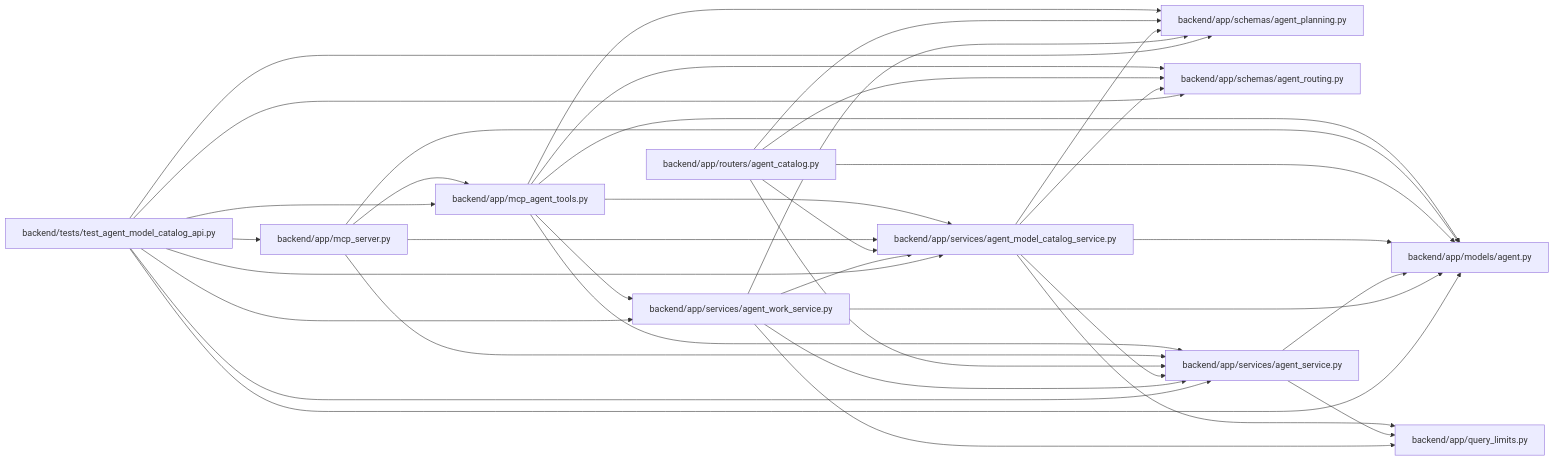
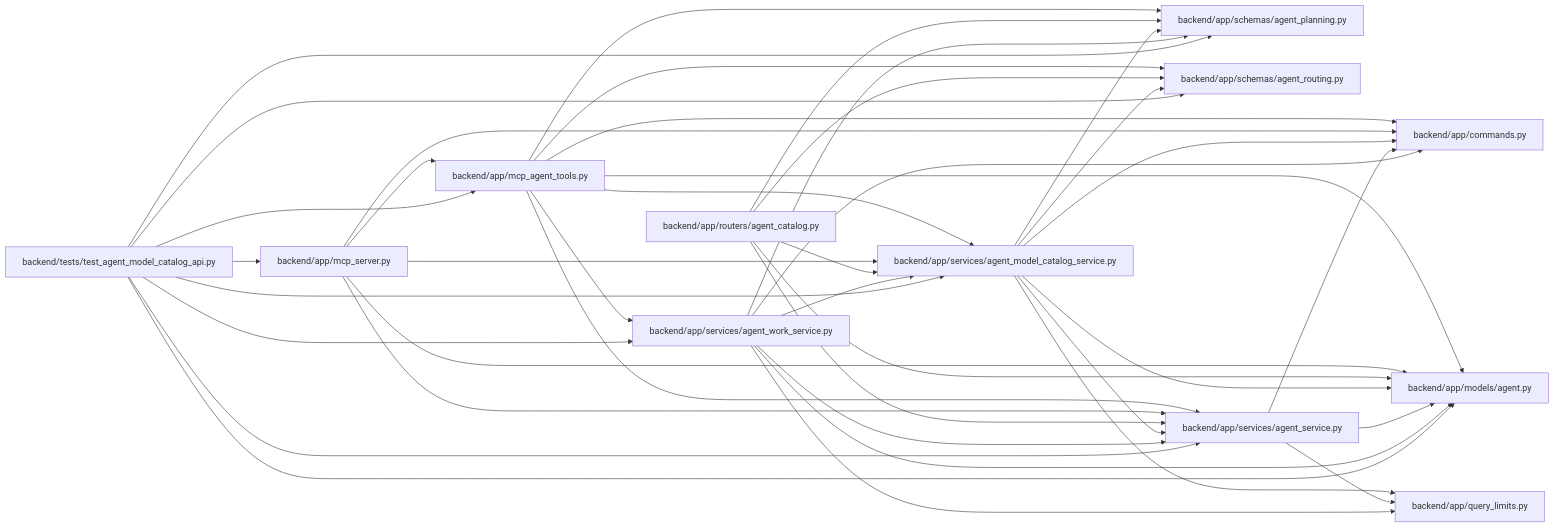
One commit to Denissvgn/WorkChord changed the diagram in docs/llm_wiki/modules/agent_model_catalog_service.md. Above: the diagram before and after it, drawn with Mermaid. The commit also changed other lines of this file and 958 other files, not shown here.

First line of the commit message:
docs(wiki): refresh identity and recovery architecture

````diff
--- a/docs/llm_wiki/modules/agent_model_catalog_service.md
+++ b/docs/llm_wiki/modules/agent_model_catalog_service.md
@@ -33,60 +34,67 @@
 ```mermaid
 flowchart LR
-    n0["backend/app/mcp_agent_tools.py"]
-    n1["backend/app/mcp_server.py"]
-    n2["backend/app/models/agent.py"]
-    n3["backend/app/query_limits.py"]
-    n4["backend/app/routers/agent_catalog.py"]
-    n5["backend/app/schemas/agent_planning.py"]
-    n6["backend/app/schemas/agent_routing.py"]
-    n7["backend/app/services/agent_model_catalog_service.py"]
-    n8["backend/app/services/agent_service.py"]
-    n9["backend/app/services/agent_work_service.py"]
-    n10["backend/tests/test_agent_model_catalog_api.py"]
-    n0 --> n2
-    n0 --> n5
-    n0 --> n6
-    n0 --> n7
-    n0 --> n8
-    n0 --> n9
+    n0["backend/app/commands.py"]
+    n1["backend/app/mcp_agent_tools.py"]
+    n2["backend/app/mcp_server.py"]
+    n3["backend/app/models/agent.py"]
+    n4["backend/app/query_limits.py"]
+    n5["backend/app/routers/agent_catalog.py"]
+    n6["backend/app/schemas/agent_planning.py"]
+    n7["backend/app/schemas/agent_routing.py"]
+    n8["backend/app/services/agent_model_catalog_service.py"]
+    n9["backend/app/services/agent_service.py"]
+    n10["backend/app/services/agent_work_service.py"]
+    n11["backend/tests/test_agent_model_catalog_api.py"]
     n1 --> n0
-    n1 --> n2
+    n1 --> n3
+    n1 --> n6
     n1 --> n7
     n1 --> n8
-    n4 --> n2
-    n4 --> n5
-    n4 --> n6
-    n4 --> n7
-    n4 --> n8
-    n7 --> n2
-    n7 --> n3
-    n7 --> n5
-    n7 --> n6
-    n7 --> n8
-    n8 --> n2
+    n1 --> n9
+    n1 --> n10
+    n2 --> n0
+    n2 --> n1
+    n2 --> n3
+    n2 --> n8
+    n2 --> n9
+    n5 --> n3
+    n5 --> n6
+    n5 --> n7
+    n5 --> n8
+    n5 --> n9
+    n8 --> n0
     n8 --> n3
-    n9 --> n2
+    n8 --> n4
+    n8 --> n6
+    n8 --> n7
+    n8 --> n9
+    n9 --> n0
     n9 --> n3
-    n9 --> n5
-    n9 --> n7
-    n9 --> n8
+    n9 --> n4
     n10 --> n0
-    n10 --> n1
-    n10 --> n2
-    n10 --> n5
+    n10 --> n3
+    n10 --> n4
     n10 --> n6
-    n10 --> n7
     n10 --> n8
     n10 --> n9
-    click n0 "../modules/mcp_agent_tools.md"
-    click n1 "../modules/mcp_server.md"
-    click n2 "../modules/models_agent.md"
-    click n3 "../modules/query_limits.md"
-    click n4 "../modules/agent_catalog.md"
-    click n5 "../modules/schemas_agent_planning.md"
-    click n6 "../modules/agent_routing.md"
-    click n7 "../modules/agent_model_catalog_service.md"
-    click n8 "../modules/agent_service.md"
-    click n9 "../modules/agent_work_service.md"
-    click n10 "../modules/test_agent_model_catalog_api.md"
+    n11 --> n1
+    n11 --> n2
+    n11 --> n3
+    n11 --> n6
+    n11 --> n7
+    n11 --> n8
+    n11 --> n9
+    n11 --> n10
+    click n0 "../modules/commands.md"
+    click n1 "../modules/mcp_agent_tools.md"
+    click n2 "../modules/mcp_server.md"
+    click n3 "../modules/models_agent.md"
+    click n4 "../modules/query_limits.md"
+    click n5 "../modules/agent_catalog.md"
+    click n6 "../modules/schemas_agent_planning.md"
+    click n7 "../modules/agent_routing.md"
+    click n8 "../modules/agent_model_catalog_service.md"
+    click n9 "../modules/agent_service.md"
+    click n10 "../modules/agent_work_service.md"
+    click n11 "../modules/test_agent_model_catalog_api.md"
 ```
````
